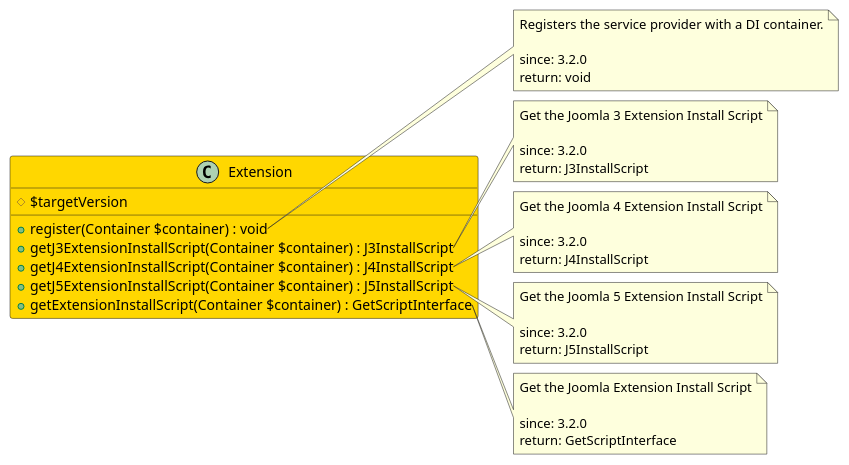
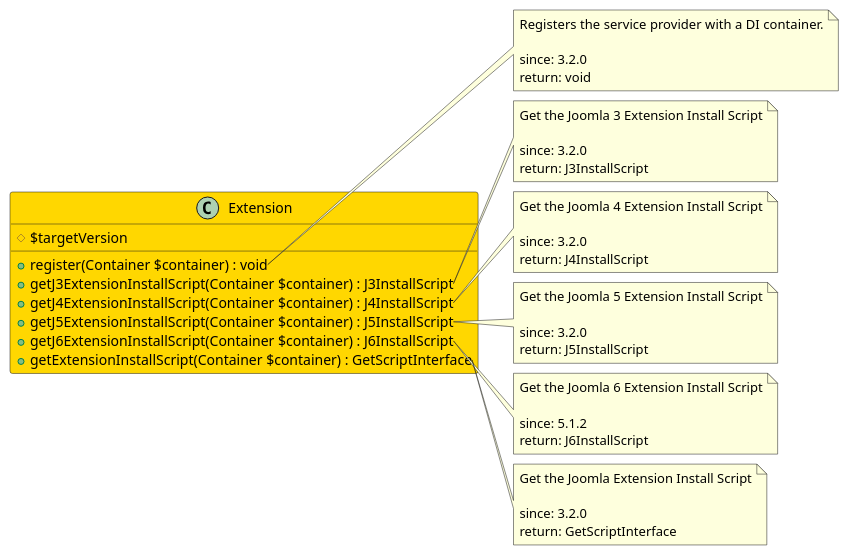
The diagram in src/ed9591cb-0a03-400a-bf47-eaf78ab19b9d/README.md (joomengine/jcb-compiler), drawn with PlantUML before and after one commit. The commit also changed 77 other files, not shown here.

````diff
--- a/src/ed9591cb-0a03-400a-bf47-eaf78ab19b9d/README.md
+++ b/src/ed9591cb-0a03-400a-bf47-eaf78ab19b9d/README.md
@@ -5,49 +5,57 @@
 ```uml
 @startuml
 
 class Extension  #Gold {
   # $targetVersion
   + register(Container $container) : void
   + getJ3ExtensionInstallScript(Container $container) : J3InstallScript
   + getJ4ExtensionInstallScript(Container $container) : J4InstallScript
   + getJ5ExtensionInstallScript(Container $container) : J5InstallScript
+  + getJ6ExtensionInstallScript(Container $container) : J6InstallScript
   + getExtensionInstallScript(Container $container) : GetScriptInterface
 }
 
 note right of Extension::register
   Registers the service provider with a DI container.
 
   since: 3.2.0
   return: void
 end note
 
 note right of Extension::getJ3ExtensionInstallScript
   Get the Joomla 3 Extension Install Script
 
   since: 3.2.0
   return: J3InstallScript
 end note
 
 note right of Extension::getJ4ExtensionInstallScript
   Get the Joomla 4 Extension Install Script
 
   since: 3.2.0
   return: J4InstallScript
 end note
 
 note right of Extension::getJ5ExtensionInstallScript
   Get the Joomla 5 Extension Install Script
 
   since: 3.2.0
   return: J5InstallScript
 end note
 
+note right of Extension::getJ6ExtensionInstallScript
+  Get the Joomla 6 Extension Install Script
+
+  since: 5.1.2
+  return: J6InstallScript
+end note
+
 note right of Extension::getExtensionInstallScript
   Get the Joomla Extension Install Script
 
   since: 3.2.0
   return: GetScriptInterface
 end note
 
 @enduml
 ```
````
